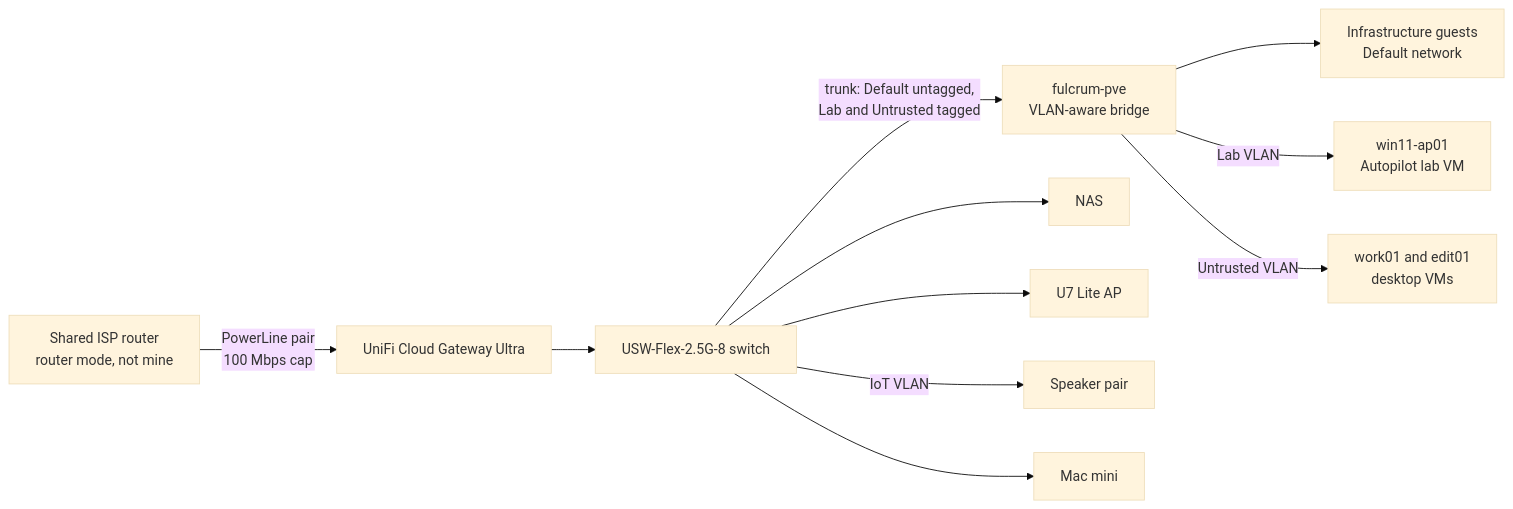
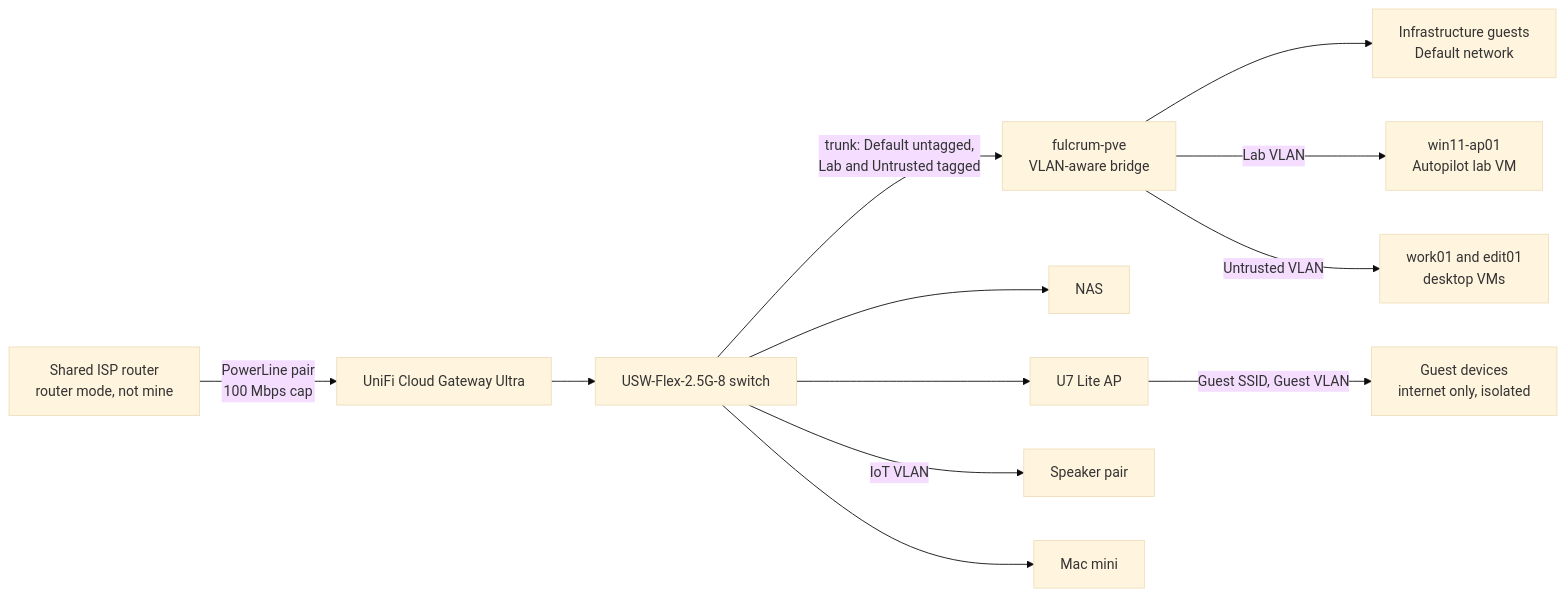
Before and after one commit to jacobollis/homelab: the diagram in docs/networking.md, drawn with Mermaid (base theme). The commit also changed other lines of this file and 5 other files, not shown here.

````diff
--- a/docs/networking.md
+++ b/docs/networking.md
@@ -5,13 +5,14 @@
 ```mermaid
 flowchart LR
   isp["Shared ISP router<br/>router mode, not mine"] -- "PowerLine pair<br/>100 Mbps cap" --> gw["UniFi Cloud Gateway Ultra"]
   gw --> sw["USW-Flex-2.5G-8 switch"]
   sw -- "trunk: Default untagged,<br/>Lab and Untrusted tagged" --> pve["fulcrum-pve<br/>VLAN-aware bridge"]
   pve --> vms["Infrastructure guests<br/>Default network"]
   pve -- "Lab VLAN" --> lab["win11-ap01<br/>Autopilot lab VM"]
   pve -- "Untrusted VLAN" --> untr["work01 and edit01<br/>desktop VMs"]
   sw --> nas["NAS"]
   sw --> ap["U7 Lite AP"]
+  ap -- "Guest SSID, Guest VLAN" --> guests["Guest devices<br/>internet only, isolated"]
   sw -- "IoT VLAN" --> sonos["Speaker pair"]
   sw --> clients["Mac mini"]
 ```
````
